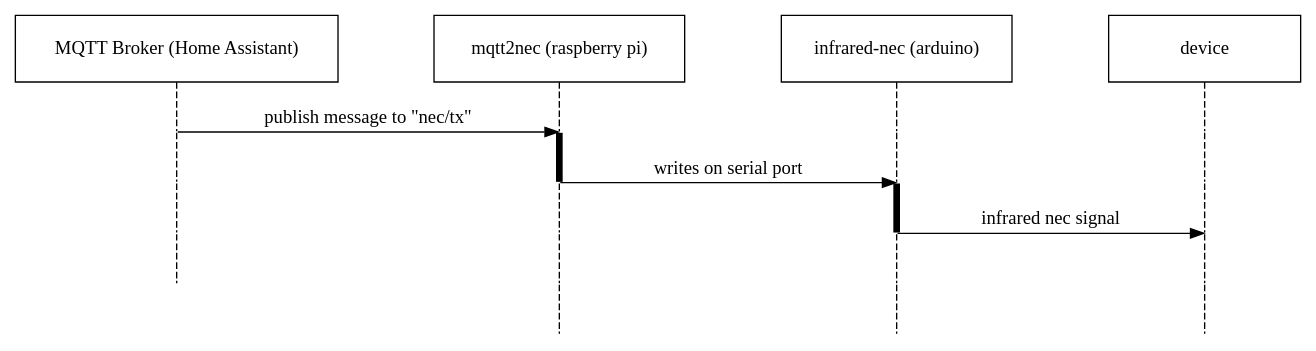
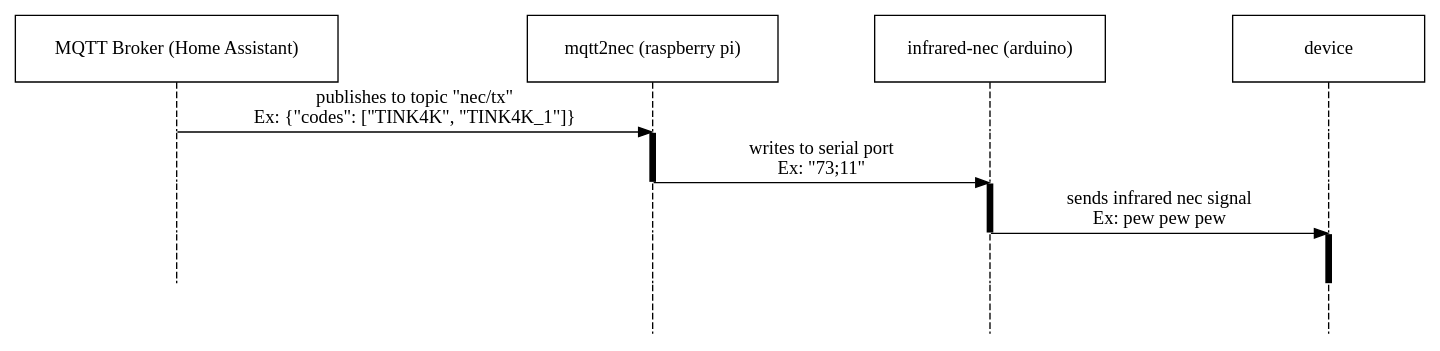
The diagram in src/infrared_sequence.dot (jrobichaud/retrogaming), drawn with Graphviz before and after one commit. The commit also changed 5 other files, not shown here.

```diff
--- a/src/infrared_sequence.dot
+++ b/src/infrared_sequence.dot
@@ -1,42 +1,43 @@
 // https://stackoverflow.com/a/59363959/2115513
 digraph SEQ_DIAGRAM {
     graph [overlap=true, splines=line, nodesep=1.0, ordering=out];
     edge [arrowhead=none];
     node [shape=none, width=0, height=0, label=""];
 
     {
         rank=same;
         node[shape=rectangle, height=0.7, width=2];
         mqtt[label="MQTT Broker (Home Assistant)"];
         mqtt2nec[label="mqtt2nec (raspberry pi)"];
         arduino[label="infrared-nec (arduino)"];
         device[label="device"];
     }
     // Draw vertical lines
     {
         edge [style=dashed, weight=6];
         mqtt -> a1 -> a2 -> a3;
         a3 -> a5;
     }
     {
         edge [style=dashed, weight=6];
         mqtt2nec -> b1
         b1 -> b2 [penwidth=5, style=solid];
         b2 -> b3 -> b4 -> b5 ;
     }
     {
         edge [style=dashed, weight=6];
         arduino -> c1;
         c1-> c2;
         c2 -> c3 [penwidth=5, style=solid];
         c3 -> c4 -> c5;
     }
     {
         edge [style=dashed, weight=6];
-        device -> d1 -> d2 -> d3 -> d4 -> d5;
+        device -> d1 -> d2 -> d3;
+        d3 -> d4 [penwidth=5, style=solid];
+        d4 -> d5;
     }
-    // Draws activations
-    { rank=same; a1 -> b1 [label="publish message to \"nec/tx\"", arrowhead=normal]; }
-    { rank=same; b2 -> c2 [label="writes on serial port", arrowhead=normal]; }
-    { rank=same; c3 -> d3 [label="infrared nec signal", arrowhead=normal]; }
+    { rank=same; a1 -> b1 [label="publishes to topic \"nec/tx\"\nEx: {\"codes\": [\"TINK4K\", \"TINK4K_1\"]}", arrowhead=normal]; }
+    { rank=same; b2 -> c2 [label="writes to serial port\nEx: \"73;11\"", arrowhead=normal]; }
+    { rank=same; c3 -> d3 [label="sends infrared nec signal\n Ex: pew pew pew", arrowhead=normal]; }
 }
```
